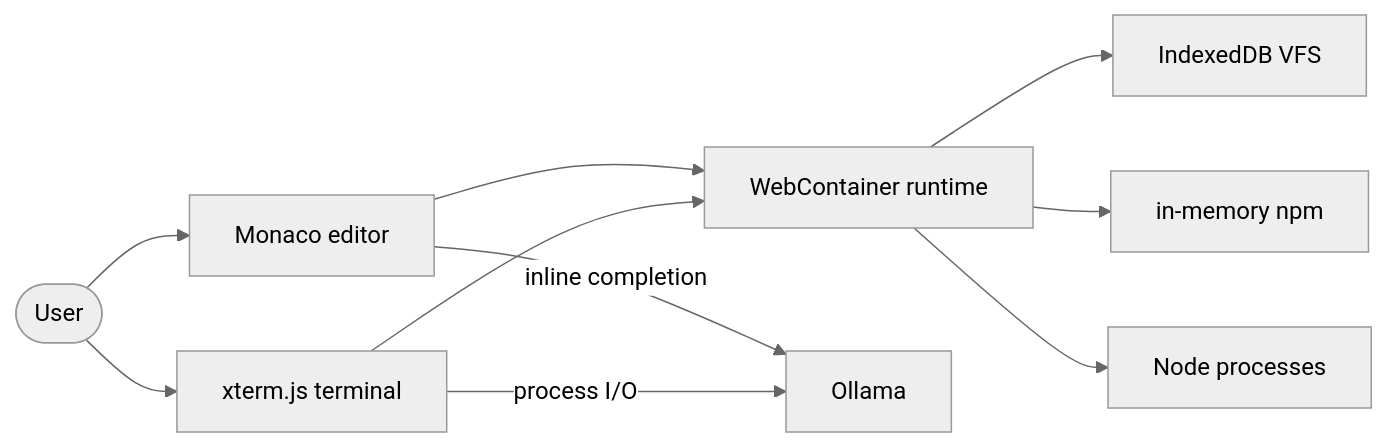
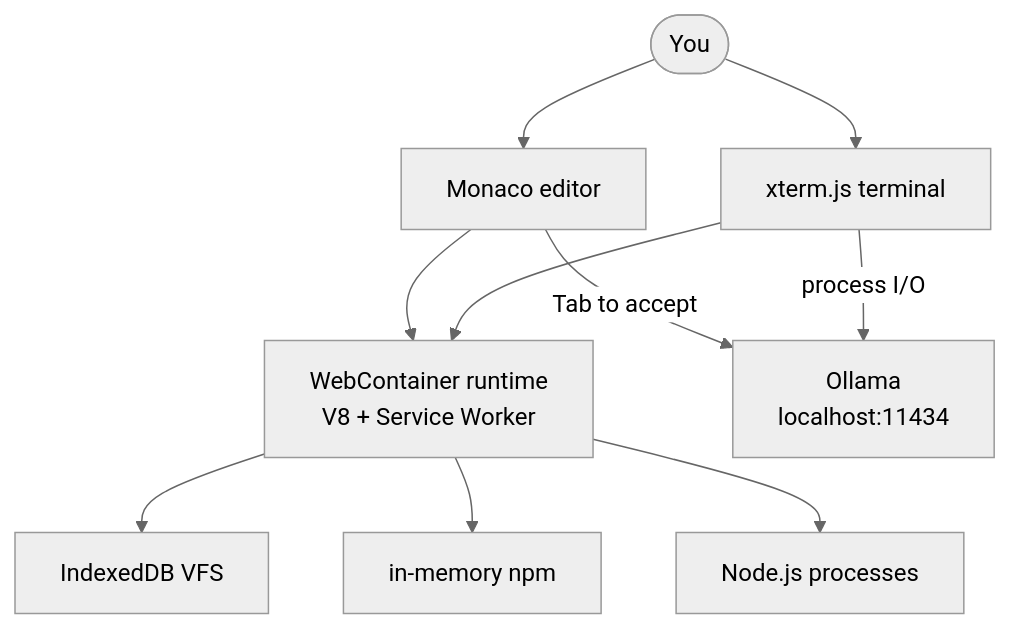
The diagram in README.md (ykstorm/codecraft-ai), drawn with Mermaid (neutral theme) before and after one commit. The commit also changed other lines of this file and 13 other files, not shown here.

Commit message:
docs: recruiter-grade polish — SPEC + ARCHITECTURE + INTERVIEW_REPORT + README rewrite + Tier 2 code fixes

````diff
--- a/README.md
+++ b/README.md
@@ -21,12 +20,12 @@
 ```mermaid
-graph LR
-    User([User]) --> Monaco[Monaco editor]
+graph TD
+    User([You]) --> Monaco[Monaco editor]
     User --> Term[xterm.js terminal]
-    Monaco --> WC[WebContainer runtime]
+    Monaco --> WC[WebContainer runtime<br/>V8 + Service Worker]
     Term --> WC
     WC --> FS[IndexedDB VFS]
     WC --> NPM[in-memory npm]
-    WC --> Procs[Node processes]
-    Monaco -->|inline completion| Ollama[Ollama]
+    WC --> Procs[Node.js processes]
+    Monaco -->|Tab to accept| Ollama[Ollama<br/>localhost:11434]
     Term -->|process I/O| Ollama
 ```
````
